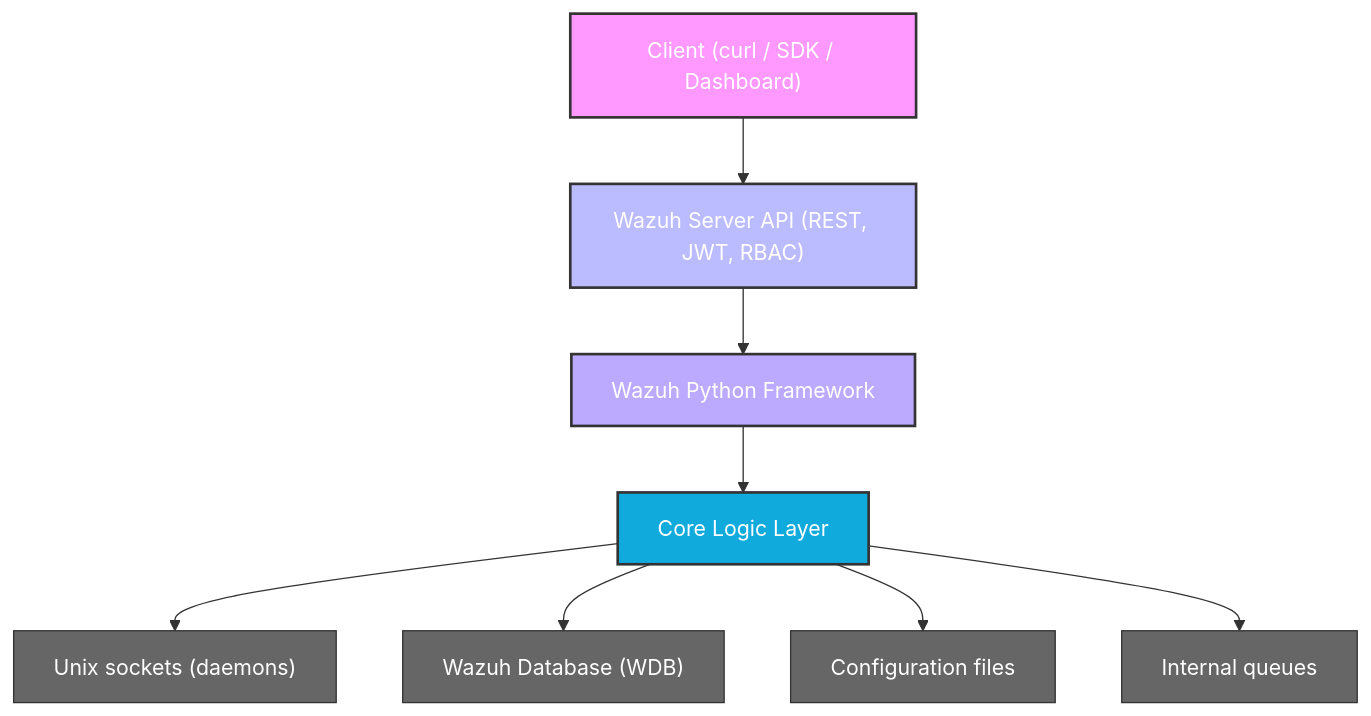
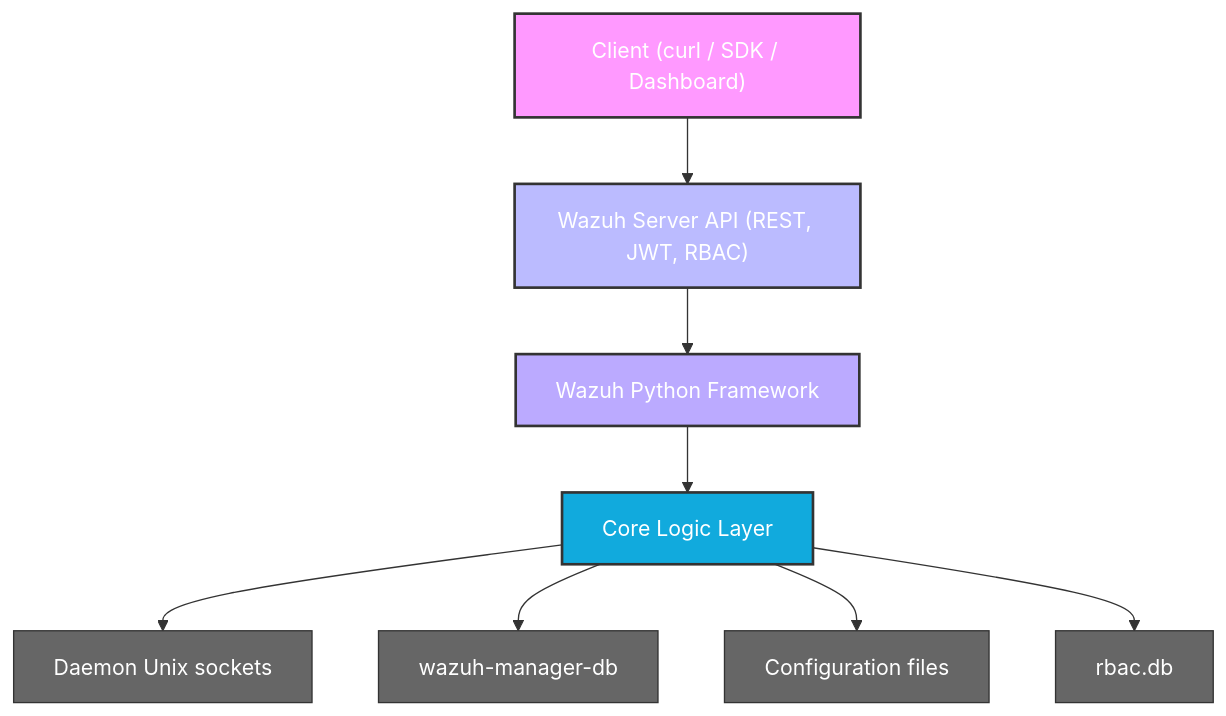
One commit to wazuh/wazuh changed the first of 2 diagrams in docs/ref/modules/server-api/architecture.md. Above: the diagram before and after it, drawn with Mermaid. The commit also changed other lines of this file and 232 other files, not shown here.

````diff
--- a/docs/ref/modules/server-api/architecture.md
+++ b/docs/ref/modules/server-api/architecture.md
@@ -9,20 +9,20 @@
 ```mermaid
 graph TD
     A["Client (curl / SDK / Dashboard)"] --> B["Wazuh Server API (REST, JWT, RBAC)"]
     B --> C["Wazuh Python Framework"]
     C --> D["Core Logic Layer"]
     
-    D --> E["Unix sockets (daemons)"]
-    D --> F["Wazuh Database (WDB)"]
+    D --> E["Daemon Unix sockets"]
+    D --> F["wazuh-manager-db"]
     D --> G["Configuration files"]
-    D --> H["Internal queues"]
+    D --> H["rbac.db"]
 
     style A fill:#f9f,stroke:#333,stroke-width:2px,color:#fff
     style B fill:#bbf,stroke:#333,stroke-width:2px,color:#fff
     style C fill:#baf,stroke:#333,stroke-width:2px,color:#fff
     style D fill:#1ad,stroke:#333,stroke-width:2px,color:#fff
     style E fill:#666,stroke:#333,color:#fff
     style F fill:#666,stroke:#333,color:#fff
     style G fill:#666,stroke:#333,color:#fff
     style H fill:#666,stroke:#333,color:#fff
 ```
````
